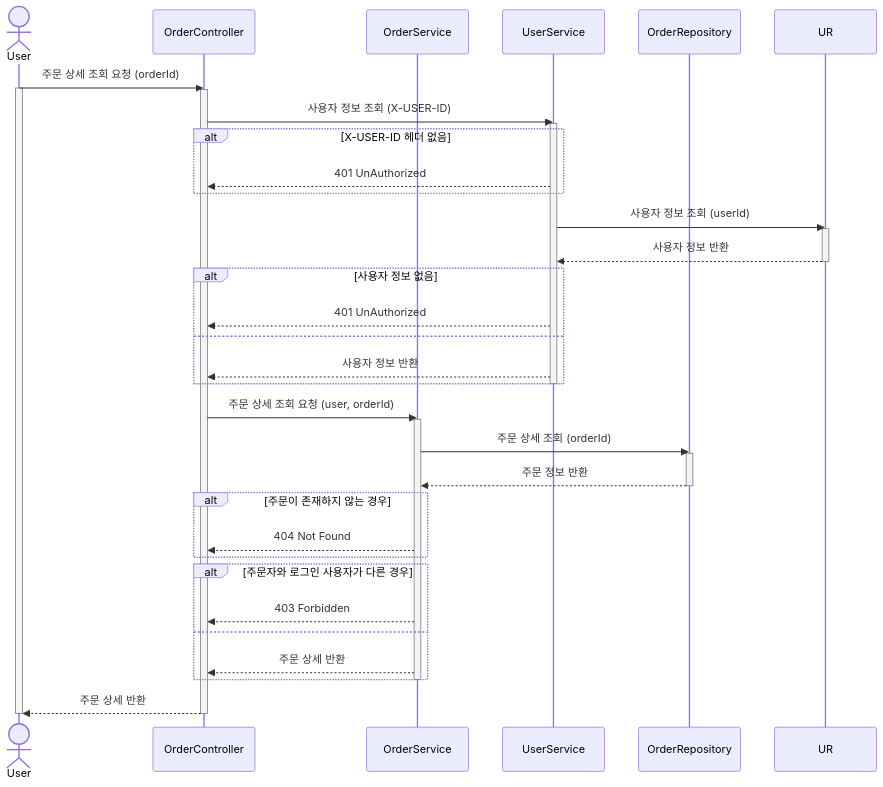
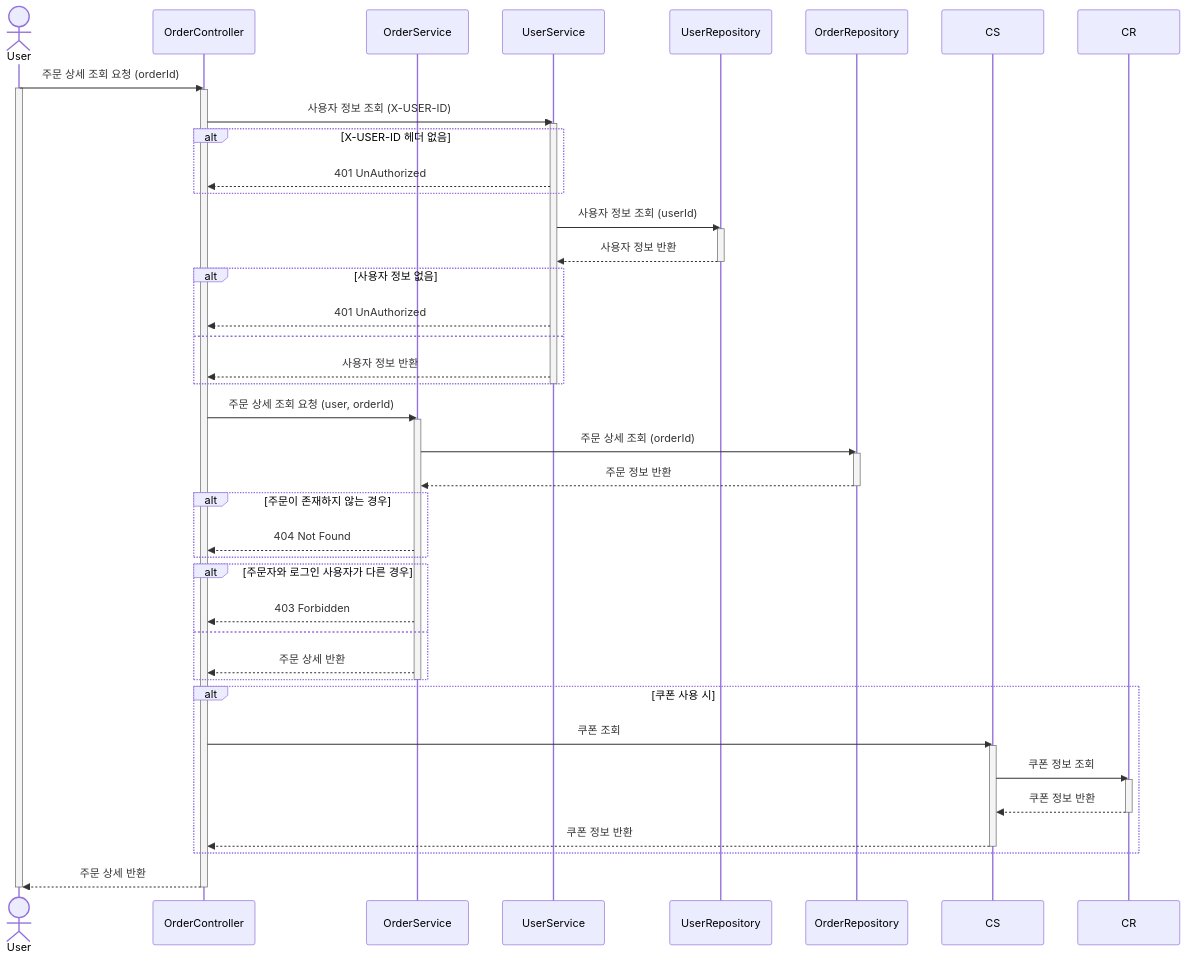
Diagram 12 of 13 in docs/design/02-sequence-diagrams.md (soyeonnnb/loopers-java-template), drawn with Mermaid before and after one commit. The commit also changed other lines of this file and 3 other files, not shown here.

````diff
--- a/docs/design/02-sequence-diagrams.md
+++ b/docs/design/02-sequence-diagrams.md
@@ -666,46 +693,59 @@
 ```mermaid
 sequenceDiagram
 	actor U as User
 	participant OC as OrderController
 	participant OS as OrderService
 	participant US as UserService
+	participant UR as UserRepository
 	participant OR as OrderRepository
+
 
 	U ->> OC: 주문 상세 조회 요청 (orderId)
 	activate U
 		activate OC
 			OC ->> US: 사용자 정보 조회 (X-USER-ID)
 			activate US
 				alt X-USER-ID 헤더 없음
 					US -->> OC: 401 UnAuthorized
 				end
 				US ->> UR: 사용자 정보 조회 (userId)
 				activate UR
 					UR -->> US: 사용자 정보 반환
 				deactivate UR
 				alt 사용자 정보 없음
 					US -->> OC: 401 UnAuthorized
 				else
 					US -->> OC: 사용자 정보 반환
 				end
 			deactivate US
 			OC ->> OS: 주문 상세 조회 요청 (user, orderId)
 			activate OS
 				OS ->> OR: 주문 상세 조회 (orderId)
 				activate OR
 					OR -->> OS: 주문 정보 반환
 				deactivate OR
 				alt 주문이 존재하지 않는 경우
 					OS -->> OC: 404 Not Found
 				end
 				alt 주문자와 로그인 사용자가 다른 경우
 					OS -->> OC: 403 Forbidden
 				else
 					OS -->> OC: 주문 상세 반환
 				end
 			deactivate OS
+
+			alt 쿠폰 사용 시
+				OC ->> CS: 쿠폰 조회
+				activate CS
+					CS ->> CR: 쿠폰 정보 조회
+					activate CR
+						CR -->> CS: 쿠폰 정보 반환
+					deactivate CR
+					CS -->> OC: 쿠폰 정보 반환
+				deactivate CS
+			end
 			OC -->> U: 주문 상세 반환
 		deactivate OC
 	deactivate U
 
 ```
````
